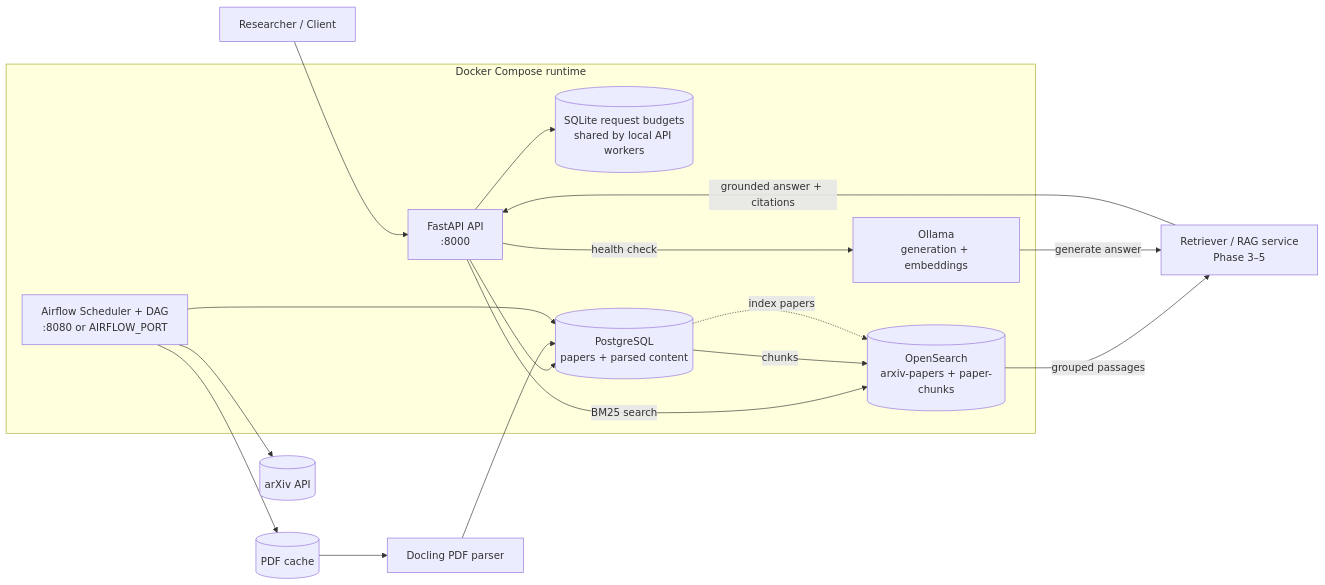
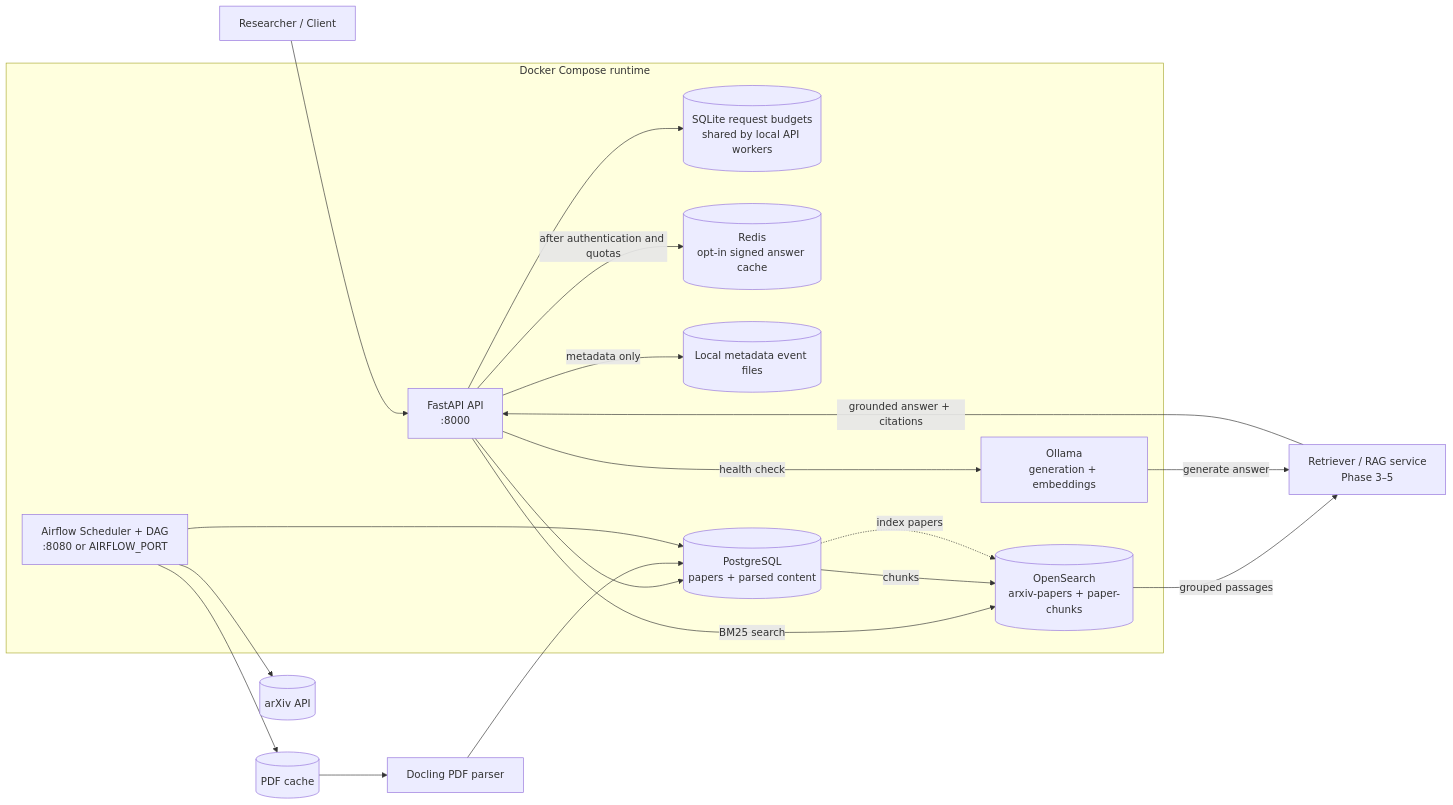
Before and after one commit to Xmen3em/AI-ScholarLens: the first of 2 diagrams in README.md, drawn with Mermaid. The commit also changed other lines of this file and 3 other files, not shown here.

```diff
--- a/README.md
+++ b/README.md
@@ -33,36 +34,40 @@
 ~~~mermaid
 flowchart LR
     User[Researcher / Client]
 
     subgraph Runtime[Docker Compose runtime]
         API[FastAPI API<br/>:8000]
         Budgets[(SQLite request budgets<br/>shared by local API workers)]
+        Cache[(Redis<br/>opt-in signed answer cache)]
+        Events[(Local metadata event files)]
         Airflow[Airflow Scheduler + DAG<br/>:8080 or AIRFLOW_PORT]
         DB[(PostgreSQL<br/>papers + parsed content)]
         Search[(OpenSearch<br/>arxiv-papers + paper-chunks)]
         Ollama[Ollama<br/>generation + embeddings]
     end
 
     Arxiv[(arXiv API)]
     PDF[(PDF cache)]
     Docling[Docling PDF parser]
     Retriever[Retriever / RAG service<br/>Phase 3–5]
 
     User --> API
     API --> Budgets
+    API -- after authentication and quotas --> Cache
+    API -- metadata only --> Events
     API --> DB
     API -- BM25 search --> Search
     API -- health check --> Ollama
 
     Airflow --> Arxiv
     Airflow --> PDF
     PDF --> Docling
     Docling --> DB
     DB -- chunks --> Search
     Airflow --> DB
 
     DB -. index papers .-> Search
     Search -- grouped passages --> Retriever
     Ollama -- generate answer --> Retriever
     Retriever -- grounded answer + citations --> API
 ~~~
```
